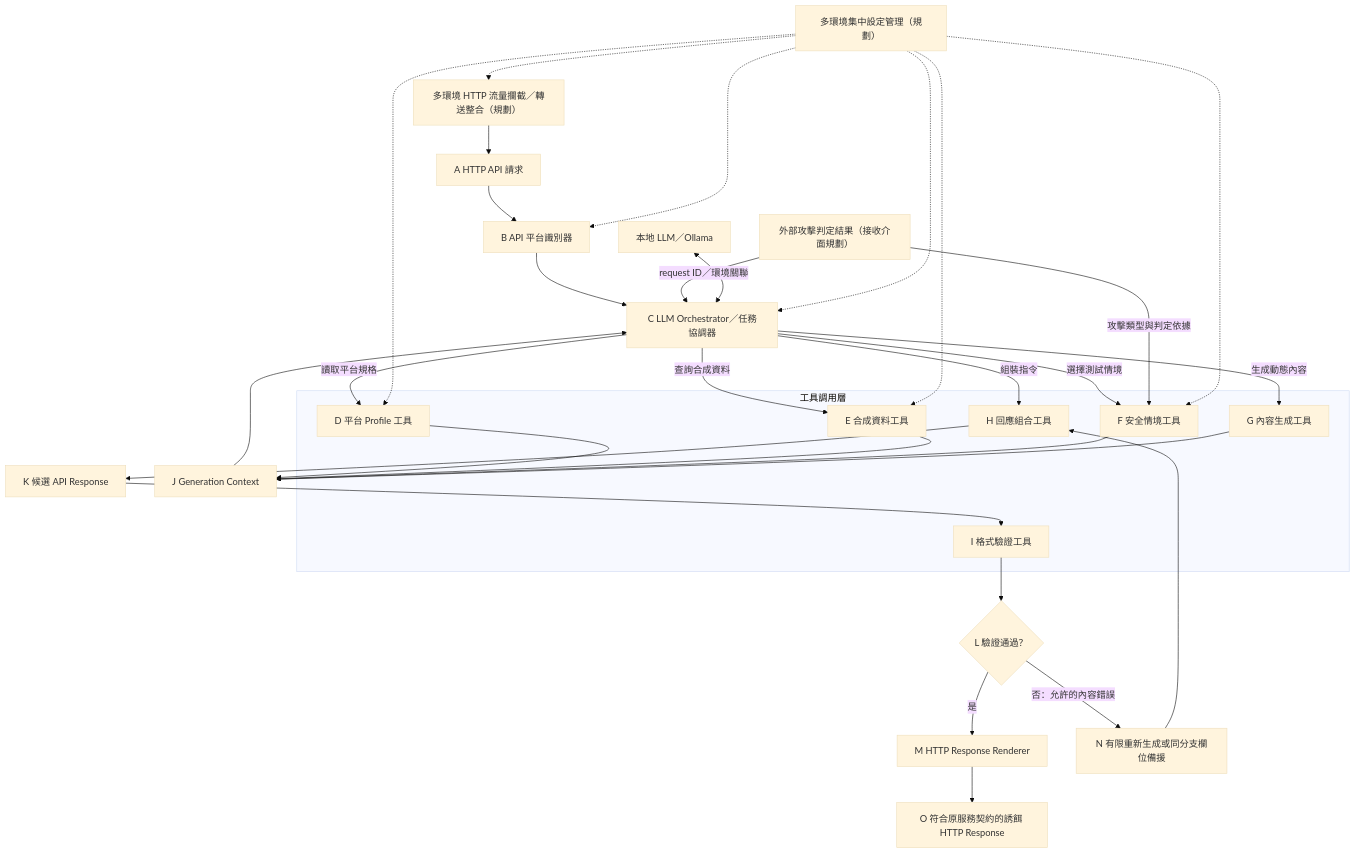
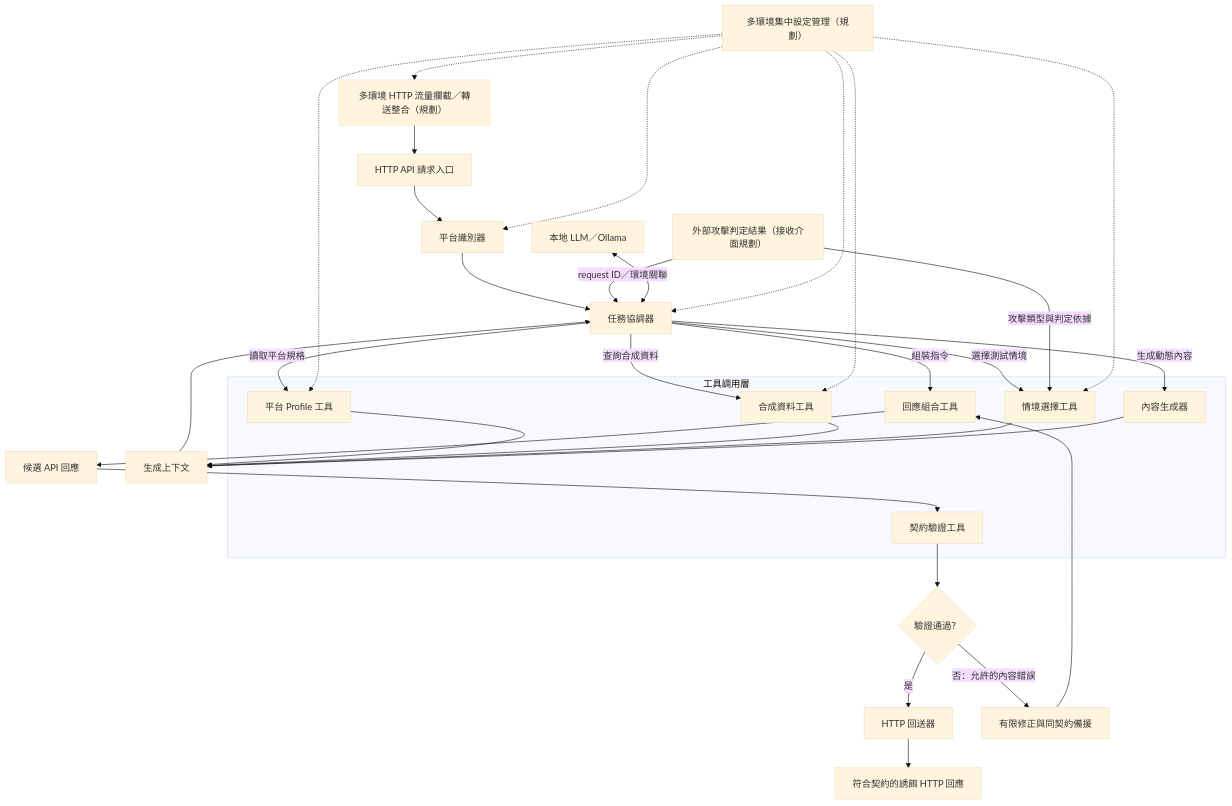
The diagram in README.md (IAN40070510/Mirage_API), drawn with Mermaid (base theme) before and after one commit. The commit also changed other lines of this file and 44 other files, not shown here.

Commit message:
Refactor assessment timeout validation and enhance error handling; add comprehensive tests for attack scenarios and demo service functionality; implement verification tool for HTTP requests to isolated services.

````diff
--- a/README.md
+++ b/README.md
@@ -39,40 +58,40 @@
 ```mermaid
 flowchart TB
-    R["多環境 HTTP 流量攔截／轉送整合（規劃）"] --> A
-    A["A HTTP API 請求"] --> B["B API 平台識別器"]
-    B --> C["C LLM Orchestrator／任務協調器"]
-    Q["外部攻擊判定結果（接收介面規劃）"] -->|request ID／環境關聯| C
-    subgraph TOOLS["工具調用層"]
-        D["D 平台 Profile 工具"]
-        E["E 合成資料工具"]
-        F["F 安全情境工具"]
-        G["G 內容生成工具"]
-        H["H 回應組合工具"]
-        I["I 格式驗證工具"]
+    traffic["多環境 HTTP 流量攔截／轉送整合（規劃）"] --> ingress
+    ingress["HTTP API 請求入口"] --> identify["平台識別器"]
+    identify --> orchestrate["任務協調器"]
+    assessment["外部攻擊判定結果（接收介面規劃）"] -->|request ID／環境關聯| orchestrate
+    subgraph tools["工具調用層"]
+        profile["平台 Profile 工具"]
+        synthetic["合成資料工具"]
+        scenario["情境選擇工具"]
+        generate["內容生成器"]
+        compose["回應組合工具"]
+        validate["契約驗證工具"]
     end
-    C -->|讀取平台規格| D
-    C -->|查詢合成資料| E
-    C -->|選擇測試情境| F
-    Q -->|攻擊類型與判定依據| F
-    C -->|生成動態內容| G
-    D --> J["J Generation Context"]
-    E --> J
-    F --> J
-    G --> J
-    J --> C
-    C -->|組裝指令| H
-    H --> K["K 候選 API Response"]
-    K --> I
-    I --> L{"L 驗證通過？"}
-    L -->|是| M["M HTTP Response Renderer"]
-    L -->|否：允許的內容錯誤| N["N 有限重新生成或同分支欄位備援"]
-    N --> H
-    M --> O["O 符合原服務契約的誘餌 HTTP Response"]
-    P["本地 LLM／Ollama"] <--> C
-    T["多環境集中設定管理（規劃）"] -.-> R
-    T -.-> B
-    T -.-> C
-    T -.-> D
-    T -.-> E
-    T -.-> F
+    orchestrate -->|讀取平台規格| profile
+    orchestrate -->|查詢合成資料| synthetic
+    orchestrate -->|選擇測試情境| scenario
+    assessment -->|攻擊類型與判定依據| scenario
+    orchestrate -->|生成動態內容| generate
+    profile --> context["生成上下文"]
+    synthetic --> context
+    scenario --> context
+    generate --> context
+    context --> orchestrate
+    orchestrate -->|組裝指令| compose
+    compose --> candidate["候選 API 回應"]
+    candidate --> validate
+    validate --> planning{"驗證通過？"}
+    planning -->|是| render["HTTP 回送器"]
+    planning -->|否：允許的內容錯誤| recover["有限修正與同契約備援"]
+    recover --> compose
+    render --> response["符合契約的誘餌 HTTP 回應"]
+    model["本地 LLM／Ollama"] <--> orchestrate
+    configuration["多環境集中設定管理（規劃）"] -.-> traffic
+    configuration -.-> identify
+    configuration -.-> orchestrate
+    configuration -.-> profile
+    configuration -.-> synthetic
+    configuration -.-> scenario
 ```
````
